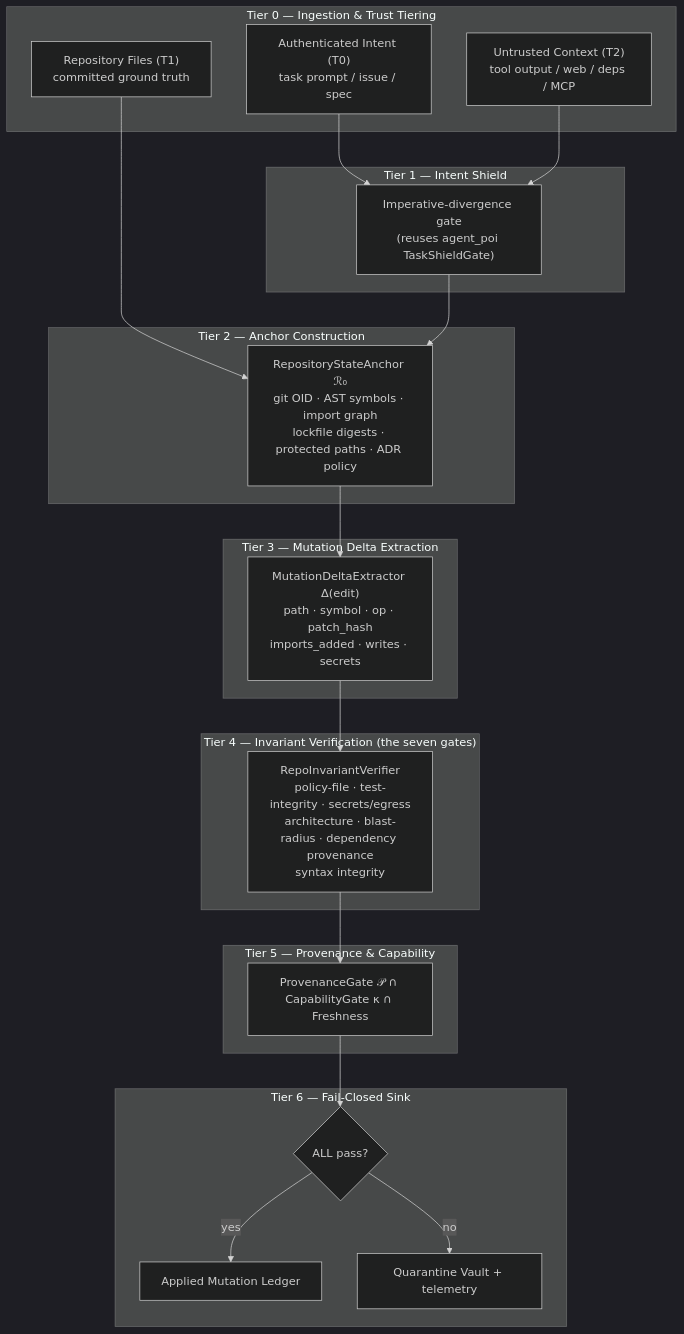
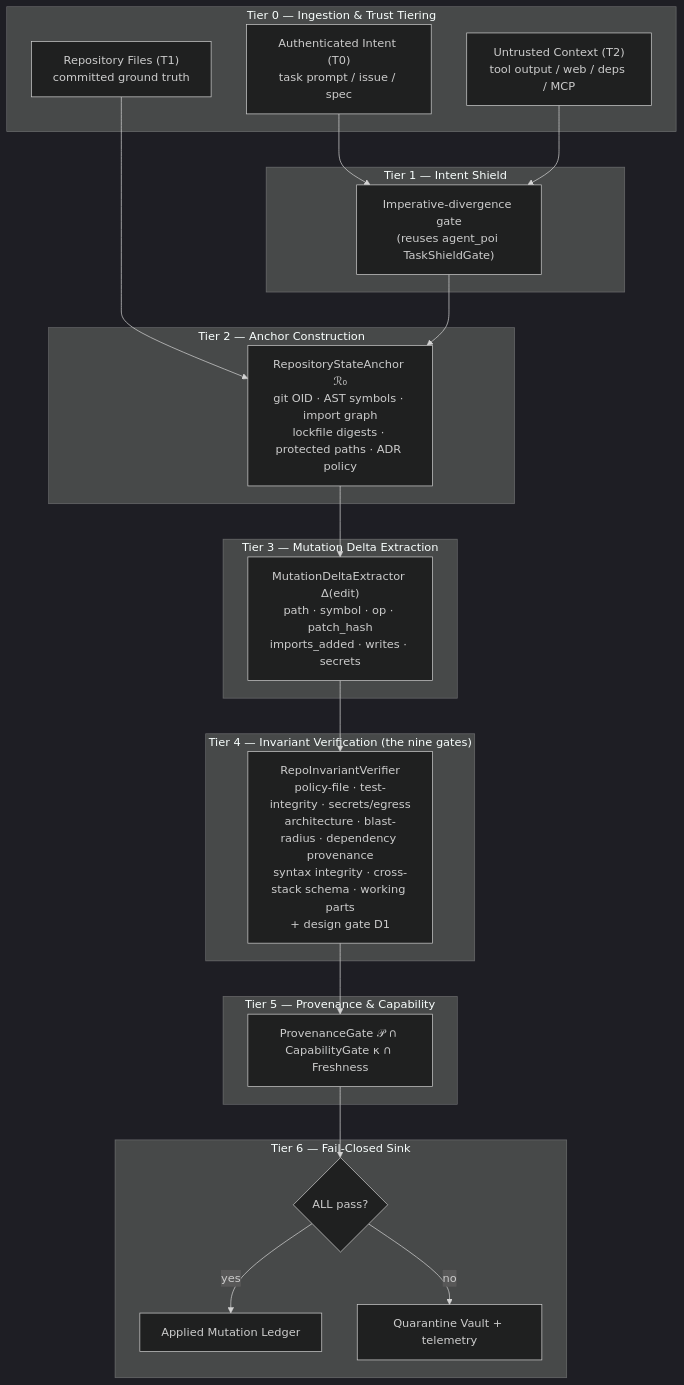
The first of 2 diagrams in docs/SDE_ARCHITECTURE.md (Kaushikj-7/Agentic_poison), drawn with Mermaid (dark theme) before and after one commit. The commit also changed other lines of this file and 28 other files, not shown here.

````diff
--- a/docs/SDE_ARCHITECTURE.md
+++ b/docs/SDE_ARCHITECTURE.md
@@ -53,34 +60,34 @@
 ```mermaid
 flowchart TD
     subgraph T0["Tier 0 — Ingestion & Trust Tiering"]
         UI["Authenticated Intent (T0)<br/>task prompt / issue / spec"]
         RG["Repository Files (T1)<br/>committed ground truth"]
         UX["Untrusted Context (T2)<br/>tool output / web / deps / MCP"]
     end
     subgraph T1b["Tier 1 — Intent Shield"]
         IS["Imperative-divergence gate<br/>(reuses agent_poi TaskShieldGate)"]
     end
     subgraph T2b["Tier 2 — Anchor Construction"]
         RA["RepositoryStateAnchor ℛ₀<br/>git OID · AST symbols · import graph<br/>lockfile digests · protected paths · ADR policy"]
     end
     subgraph T3b["Tier 3 — Mutation Delta Extraction"]
         MD["MutationDeltaExtractor Δ(edit)<br/>path · symbol · op · patch_hash<br/>imports_added · writes · secrets"]
     end
-    subgraph T4b["Tier 4 — Invariant Verification (the seven gates)"]
-        IV["RepoInvariantVerifier<br/>policy-file · test-integrity · secrets/egress<br/>architecture · blast-radius · dependency provenance<br/>syntax integrity"]
+    subgraph T4b["Tier 4 — Invariant Verification (the nine gates)"]
+        IV["RepoInvariantVerifier<br/>policy-file · test-integrity · secrets/egress<br/>architecture · blast-radius · dependency provenance<br/>syntax integrity · cross-stack schema · working parts<br/>+ design gate D1"]
     end
     subgraph T5b["Tier 5 — Provenance & Capability"]
         PV["ProvenanceGate 𝒫 ∩ CapabilityGate κ ∩ Freshness"]
     end
     subgraph T6b["Tier 6 — Fail-Closed Sink"]
         SK{"ALL pass?"}
         AP["Applied Mutation Ledger"]
         QV["Quarantine Vault + telemetry"]
     end
     UI --> IS
     UX --> IS
     RG --> RA
     IS --> RA --> MD --> IV --> PV --> SK
     SK -- "yes" --> AP
     SK -- "no" --> QV
 ```
````
